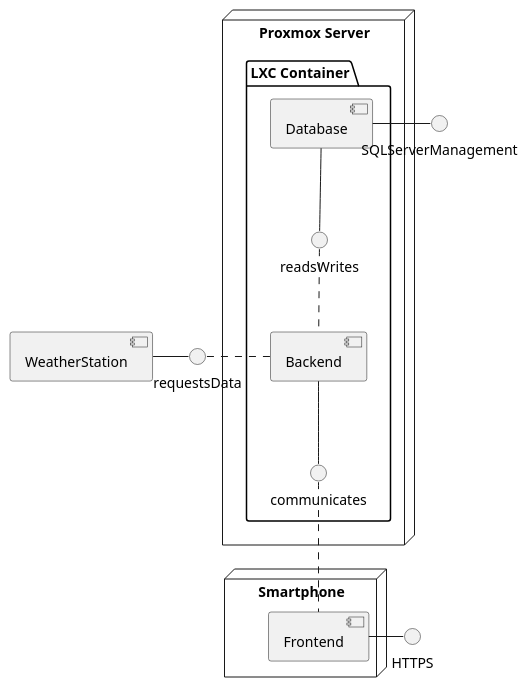
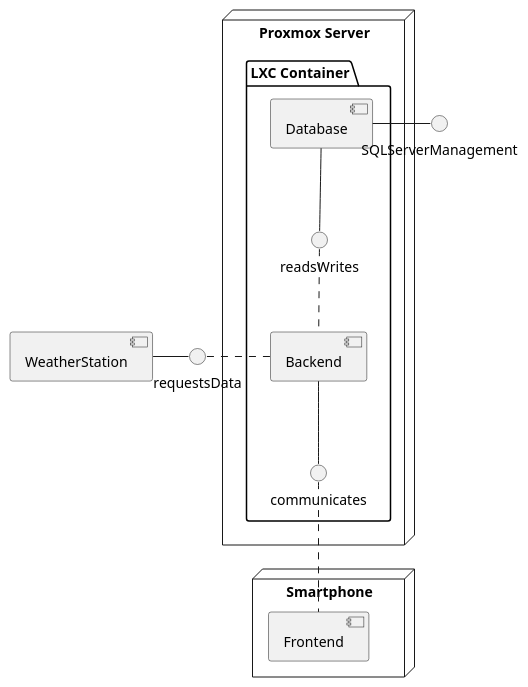
Before and after one commit to jakobkmar/E09-modellflug-logbuch: the diagram in docs/architecture/resources/component_diagramm.puml, drawn with PlantUML.

Commit message:
committing suggested changes 1

```diff
--- a/docs/architecture/resources/component_diagramm.puml
+++ b/docs/architecture/resources/component_diagramm.puml
@@ -1,22 +1,21 @@
 @startuml component_diagramm
 
 node "Proxmox Server" {
     package "LXC Container" {
         readsWrites -u- [Database]
         communicates -u- [Backend]
     }
 }
 
 node "Smartphone" {
     [Frontend]
 }
 
 requestsData -l- [WeatherStation]
 
 
 Backend .l. requestsData
 Backend .u. readsWrites
 Frontend .u. communicates
-HTTPS -r- Frontend
 SQLServerManagement -r- Database
 @enduml
```
